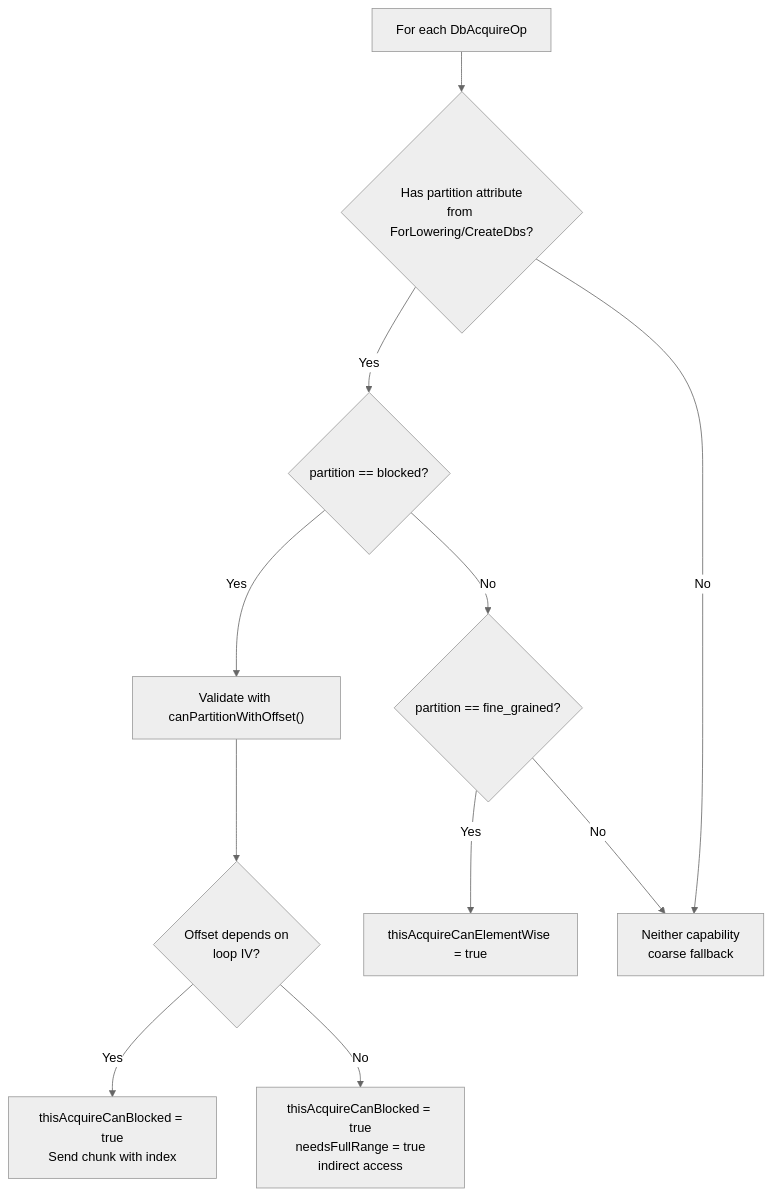
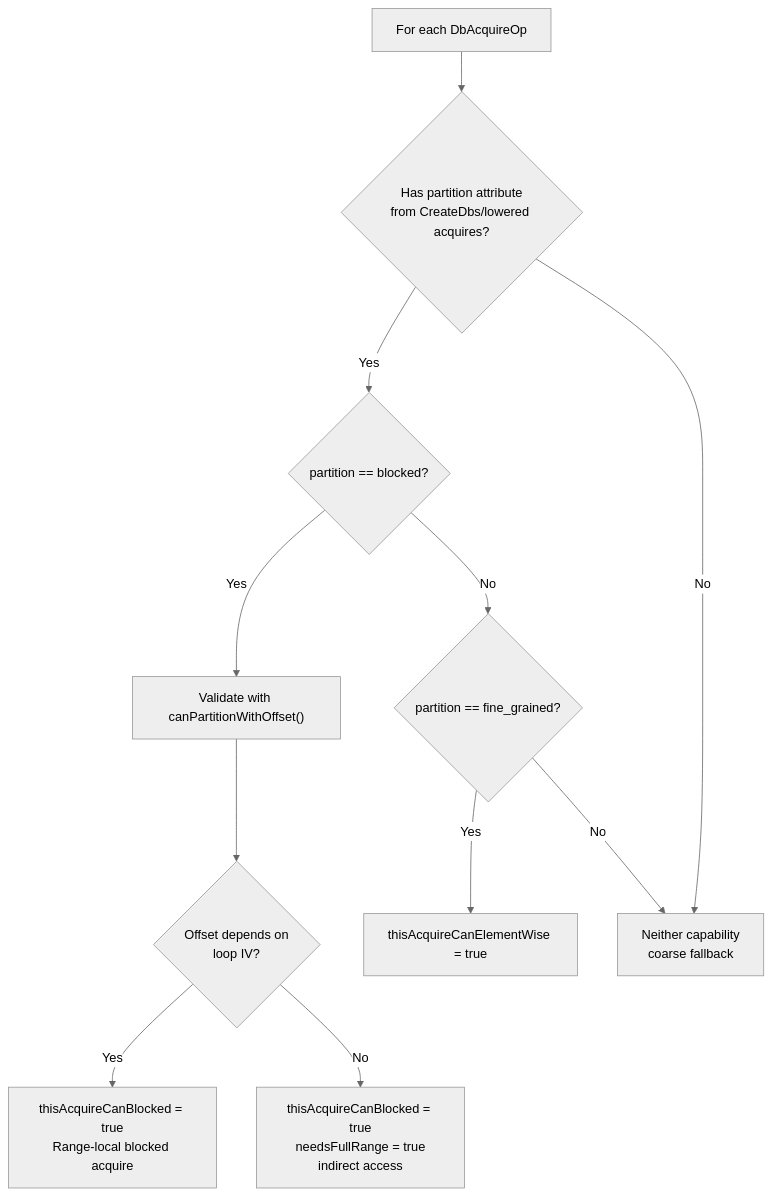
Before and after one commit to randreshg/carts: the fifth of 7 diagrams in docs/agents.md, drawn with Mermaid (neutral theme). The commit also changed other lines of this file and 100 other files, not shown here.

````diff
--- a/docs/agents.md
+++ b/docs/agents.md
@@ -841,27 +780,27 @@
 ```mermaid
 flowchart TB
     START[For each DbAcquireOp]
 
-    Q1{Has partition attribute<br/>from ForLowering/CreateDbs?}
+    Q1{Has partition attribute<br/>from CreateDbs/lowered acquires?}
     Q2{partition == blocked?}
     Q3{Offset depends on<br/>loop IV?}
     Q4{partition == fine_grained?}
 
-    R1["thisAcquireCanBlocked = true<br/>Send chunk with index"]
+    R1["thisAcquireCanBlocked = true<br/>Range-local blocked acquire"]
     R2["thisAcquireCanBlocked = true<br/>needsFullRange = true<br/>indirect access"]
     R3["thisAcquireCanElementWise = true"]
     R4["Neither capability<br/>coarse fallback"]
 
     CHECK["Validate with canPartitionWithOffset()"]
 
     START --> Q1
     Q1 -->|Yes| Q2
     Q1 -->|No| R4
     Q2 -->|Yes| CHECK
     Q2 -->|No| Q4
     CHECK --> Q3
     Q3 -->|Yes| R1
     Q3 -->|No| R2
     Q4 -->|Yes| R3
     Q4 -->|No| R4
 ```
````
